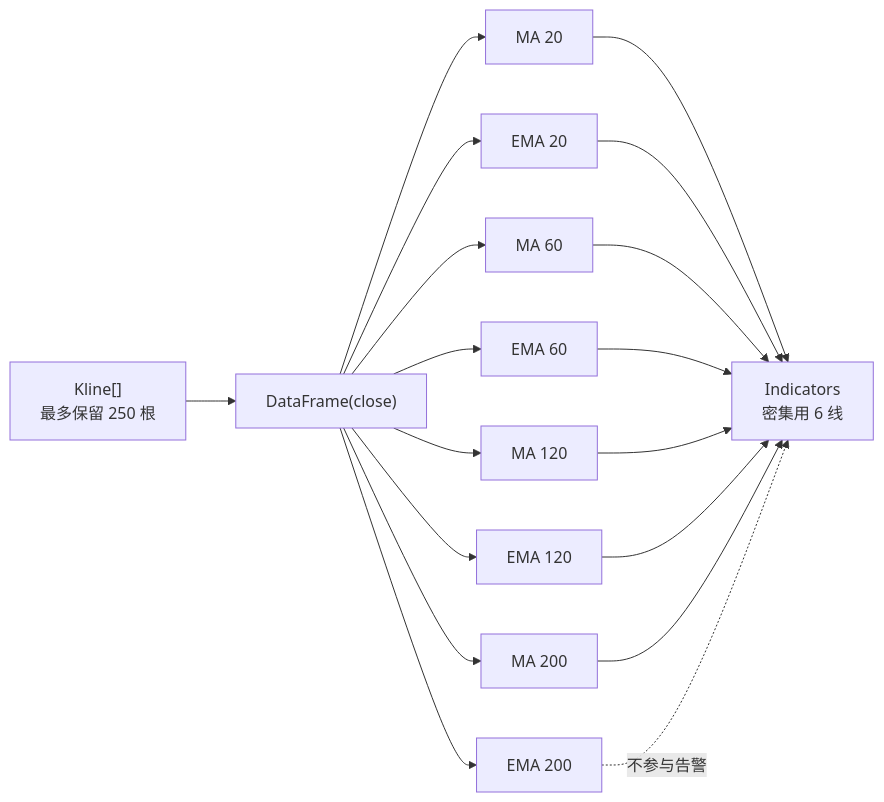
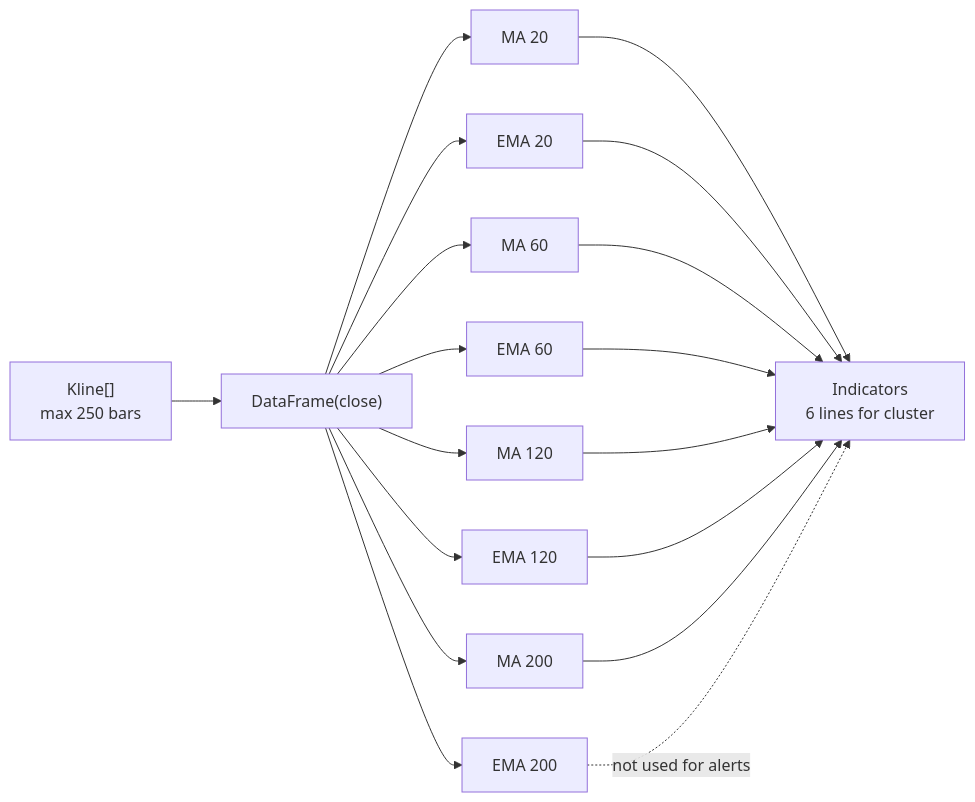
The fourth of 6 diagrams in readme.md (Formyselfonly/invest-alert-bot), drawn with Mermaid before and after one commit. The commit also changed other lines of this file and 1 other file, not shown here.

````diff
--- a/readme.md
+++ b/readme.md
@@ -238,15 +249,15 @@
 ```mermaid
 flowchart LR
-    KL["Kline[]<br/>最多保留 250 根"] --> DF["DataFrame(close)"]
+    KL["Kline[]<br/>max 250 bars"] --> DF["DataFrame(close)"]
     DF --> MA20["MA 20"]
     DF --> EMA20["EMA 20"]
     DF --> MA60["MA 60"]
     DF --> EMA60["EMA 60"]
     DF --> MA120["MA 120"]
     DF --> EMA120["EMA 120"]
     DF --> MA200["MA 200"]
     DF --> EMA200["EMA 200"]
-    MA20 & EMA20 & MA60 & EMA60 & MA120 & EMA120 --> IND["Indicators<br/>密集用 6 线"]
+    MA20 & EMA20 & MA60 & EMA60 & MA120 & EMA120 --> IND["Indicators<br/>6 lines for cluster"]
     MA200 --> IND
-    EMA200 -.->|不参与告警| IND
+    EMA200 -.->|not used for alerts| IND
 ```
````
